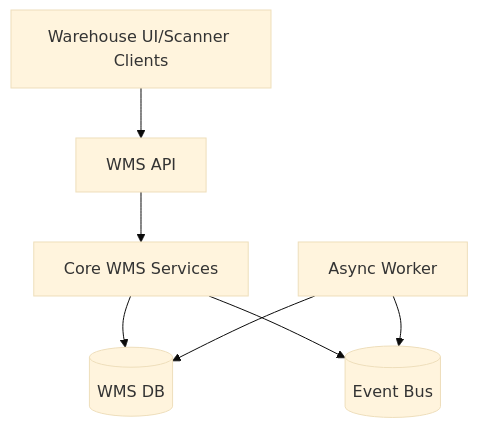
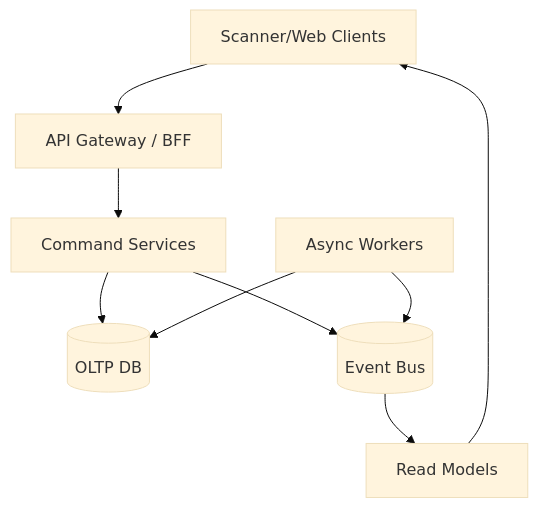
Before and after one commit to 0Ankit0/Project-Ideas: the second of 3 diagrams in Warehouse Management System/high-level-design/c4-diagrams.md, drawn with Mermaid (base theme). The commit also changed other lines of this file and 38 other files, not shown here.

Commit message:
Deepen WMS event, data dictionary, and edge-case coverage

````diff
--- a/Warehouse Management System/high-level-design/c4-diagrams.md
+++ b/Warehouse Management System/high-level-design/c4-diagrams.md
@@ -14,15 +15,18 @@
 ```mermaid
 flowchart TB
-    UI[Warehouse UI/Scanner Clients]
-    API[WMS API]
-    Core[Core WMS Services]
-    Worker[Async Worker]
-    DB[(WMS DB)]
-    MQ[(Event Bus)]
+    UI[Scanner/Web Clients]
+    BFF[API Gateway / BFF]
+    CMD[Command Services]
+    WRK[Async Workers]
+    DB[(OLTP DB)]
+    BUS[(Event Bus)]
+    RM[Read Models]
 
-    UI --> API --> Core
-    Core --> DB
-    Core --> MQ
-    Worker --> DB
-    Worker --> MQ
+    UI --> BFF --> CMD
+    CMD --> DB
+    CMD --> BUS
+    WRK --> DB
+    WRK --> BUS
+    BUS --> RM
+    RM --> UI
 ```
````
